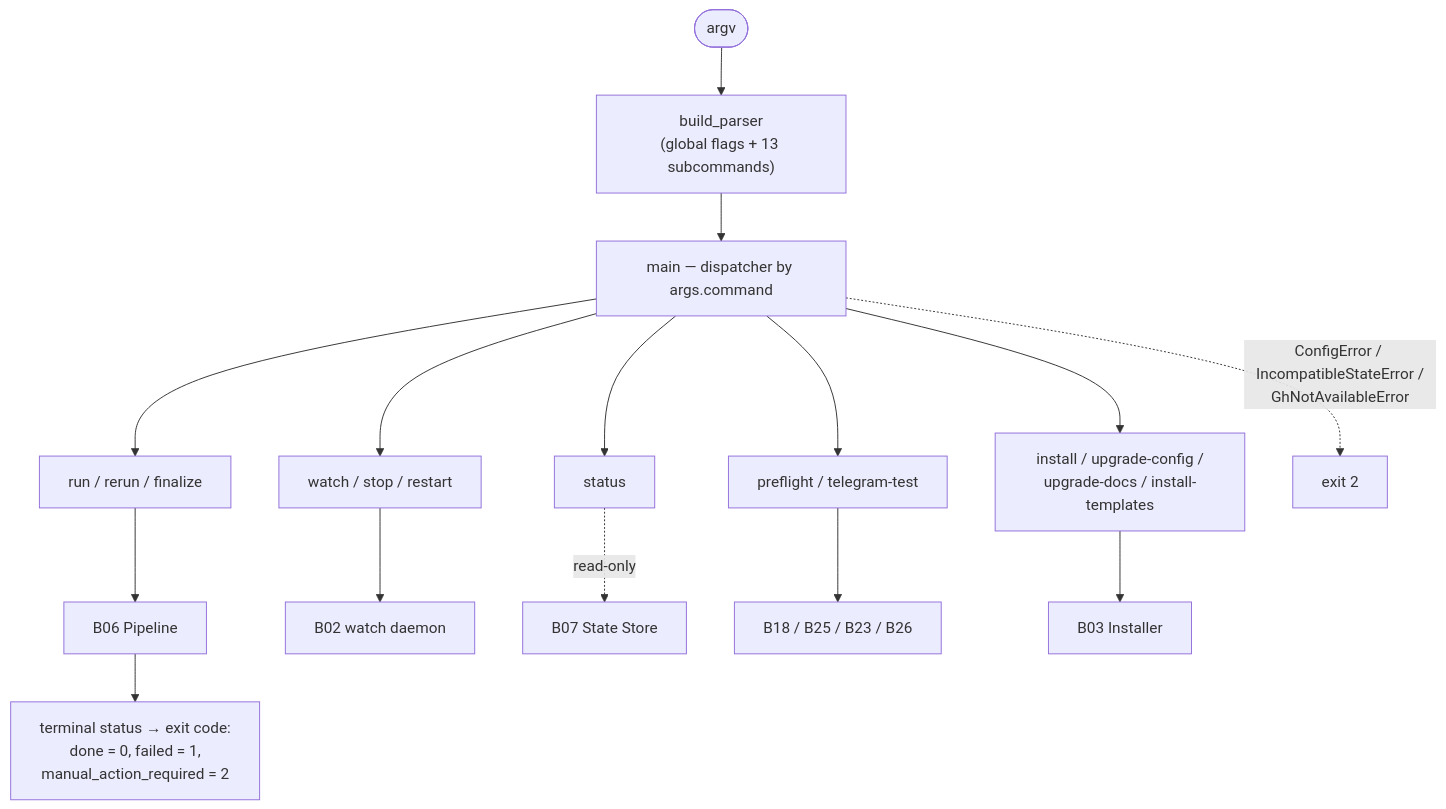
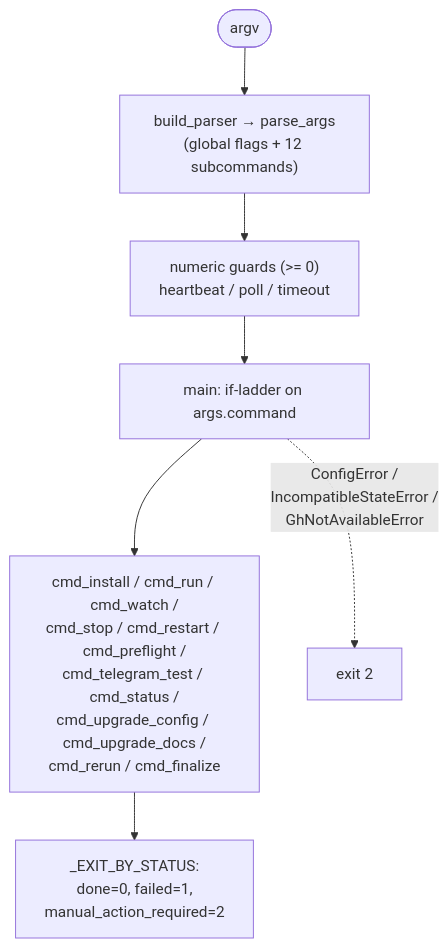
One commit to VladimirMakarevich/wastech-orchestrator changed the diagram in docs/functional/blocks/B01-cli-and-operator-commands.md. Above: the diagram before and after it, drawn with Mermaid. The commit also changed other lines of this file and 261 other files, not shown here.

First line of the commit message:
flow engine p1 (#8)

````diff
--- a/docs/functional/blocks/B01-cli-and-operator-commands.md
+++ b/docs/functional/blocks/B01-cli-and-operator-commands.md
@@ -45,20 +57,9 @@
 ```mermaid
 flowchart TB
-    argv(["argv"]) --> parser["build_parser<br/>(global flags + 13 subcommands)"]
-    parser --> main["main — dispatcher by args.command"]
-
-    main --> c_run["run / rerun / finalize"]
-    main --> c_watch["watch / stop / restart"]
-    main --> c_status["status"]
-    main --> c_diag["preflight / telegram-test"]
-    main --> c_inst["install / upgrade-config /<br/>upgrade-docs / install-templates"]
-
-    c_run --> B06["B06 Pipeline"]
-    c_watch --> B02["B02 watch daemon"]
-    c_status -.->|"read-only"| B07["B07 State Store"]
-    c_diag --> svc["B18 / B25 / B23 / B26"]
-    c_inst --> B03["B03 Installer"]
-
-    B06 --> codes["terminal status → exit code:<br/>done = 0, failed = 1,<br/>manual_action_required = 2"]
-    main -.->|"ConfigError / IncompatibleStateError /<br/>GhNotAvailableError"| err2["exit 2"]
+    argv(["argv"]) --> parse["build_parser → parse_args<br/>(global flags + 12 subcommands)"]
+    parse --> guard["numeric guards (>= 0)<br/>heartbeat / poll / timeout"]
+    guard --> disp["main: if-ladder on args.command"]
+    disp --> drivers["cmd_install / cmd_run / cmd_watch /<br/>cmd_stop / cmd_restart / cmd_preflight /<br/>cmd_telegram_test / cmd_status /<br/>cmd_upgrade_config / cmd_upgrade_docs /<br/>cmd_rerun / cmd_finalize"]
+    drivers --> codes["_EXIT_BY_STATUS:<br/>done=0, failed=1,<br/>manual_action_required=2"]
+    disp -.->|"ConfigError /<br/>IncompatibleStateError /<br/>GhNotAvailableError"| err2["exit 2"]
 ```
````
